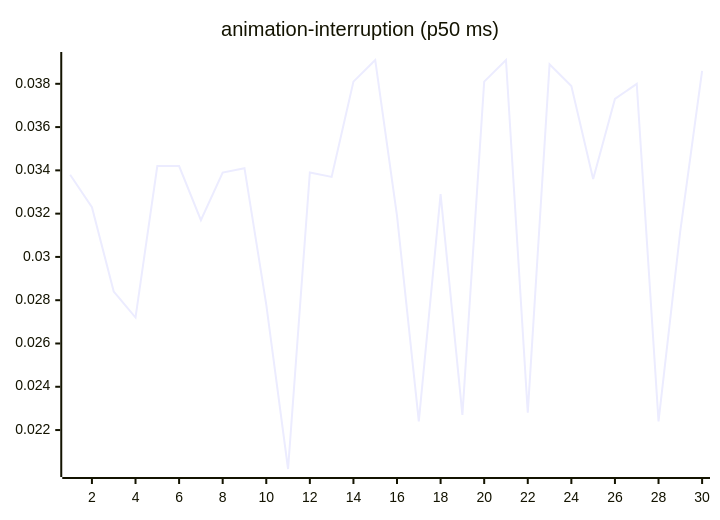
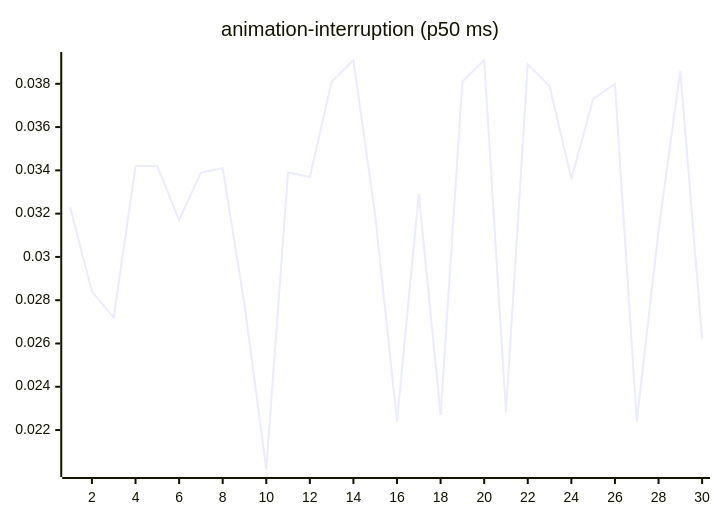
Before and after one commit to josha/Facet: the third of 27 diagrams in README.md, drawn with Mermaid. The commit also changed other lines of this file and 2 other files, not shown here.

````diff
--- a/README.md
+++ b/README.md
@@ -77,6 +77,6 @@
 ```mermaid
 xychart-beta
     title "animation-interruption (p50 ms)"
     x-axis 1 --> 30
-    line [0.0338, 0.0323, 0.0284, 0.0272, 0.0342, 0.0342, 0.0317, 0.0339, 0.0341, 0.0278, 0.0202, 0.0339, 0.0337, 0.0381, 0.0391, 0.0319, 0.0224, 0.0329, 0.0227, 0.0381, 0.0391, 0.0228, 0.0389, 0.0379, 0.0336, 0.0373, 0.0380, 0.0224, 0.0312, 0.0386]
+    line [0.0323, 0.0284, 0.0272, 0.0342, 0.0342, 0.0317, 0.0339, 0.0341, 0.0278, 0.0202, 0.0339, 0.0337, 0.0381, 0.0391, 0.0319, 0.0224, 0.0329, 0.0227, 0.0381, 0.0391, 0.0228, 0.0389, 0.0379, 0.0336, 0.0373, 0.0380, 0.0224, 0.0312, 0.0386, 0.0262]
 ```
````
